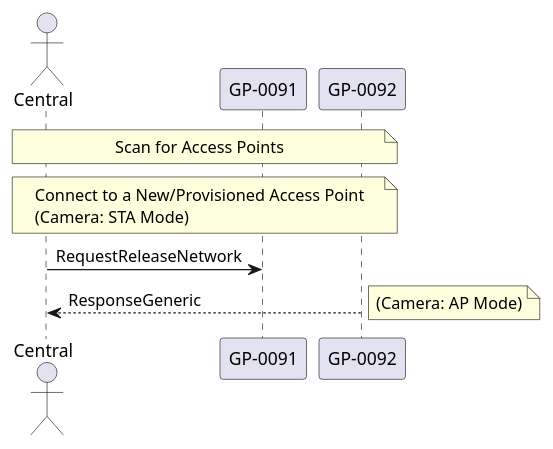
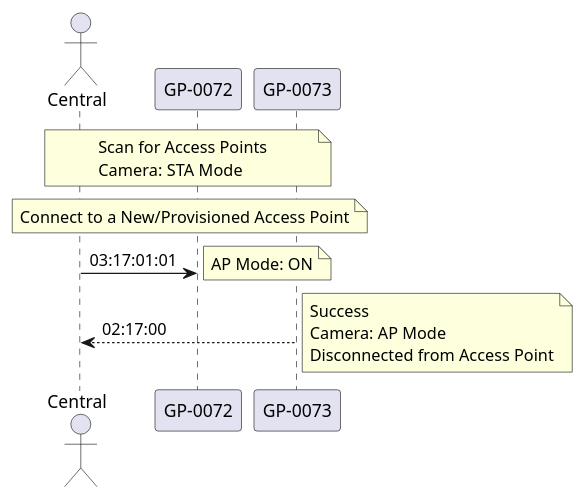
Before and after one commit to gopro/OpenGoPro: the sixth of 7 diagrams in docs/specs/ble_versions/ble_2_0.md, drawn with PlantUML. The commit also changed other lines of this file and 4 other files, not shown here.

````diff
--- a/docs/specs/ble_versions/ble_2_0.md
+++ b/docs/specs/ble_versions/ble_2_0.md
@@ -4451,17 +4515,29 @@
 ```plantuml!
 
 
 actor Central
-participant "GP-0091" as GP0091
-participant "GP-0092" as GP0092
+participant "GP-0072" as GP0072
+participant "GP-0073" as GP0073
 
-note across: Scan for Access Points
-note across: Connect to a New/Provisioned Access Point\n(Camera: STA Mode)
-Central  -> GP0091  : RequestReleaseNetwork
-Central <-- GP0092  : ResponseGeneric
-note right: (Camera: AP Mode)
+note across
+    Scan for Access Points
+    Camera: STA Mode
+end note
 
+note across
+    Connect to a New/Provisioned Access Point
+end note
+
+Central  -> GP0072  : 03:17:01:01
+note right: AP Mode: ON
+
+Central <-- GP0073  : 02:17:00
+note right
+    Success
+    Camera: AP Mode
+    Disconnected from Access Point
+end note
 
 
 
 ```
````
